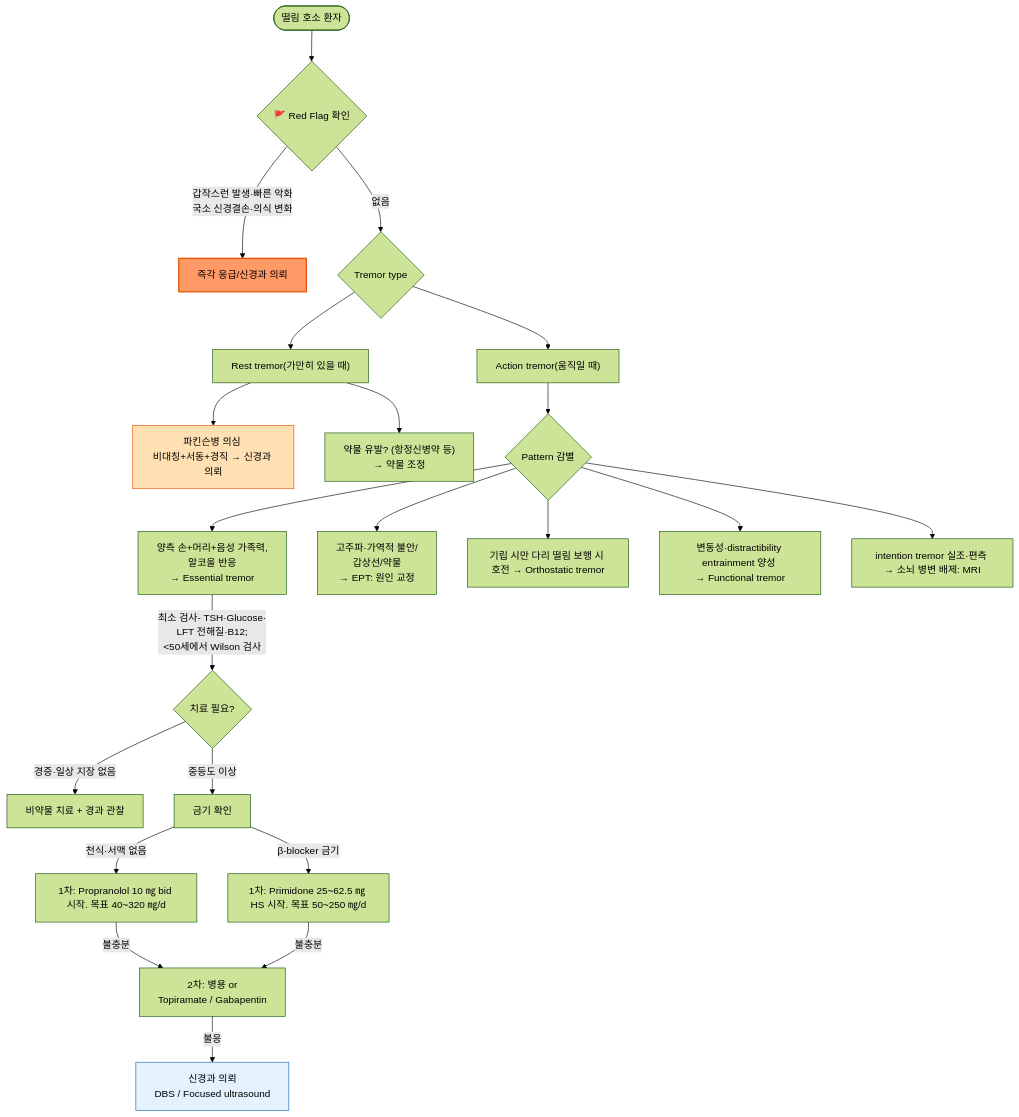
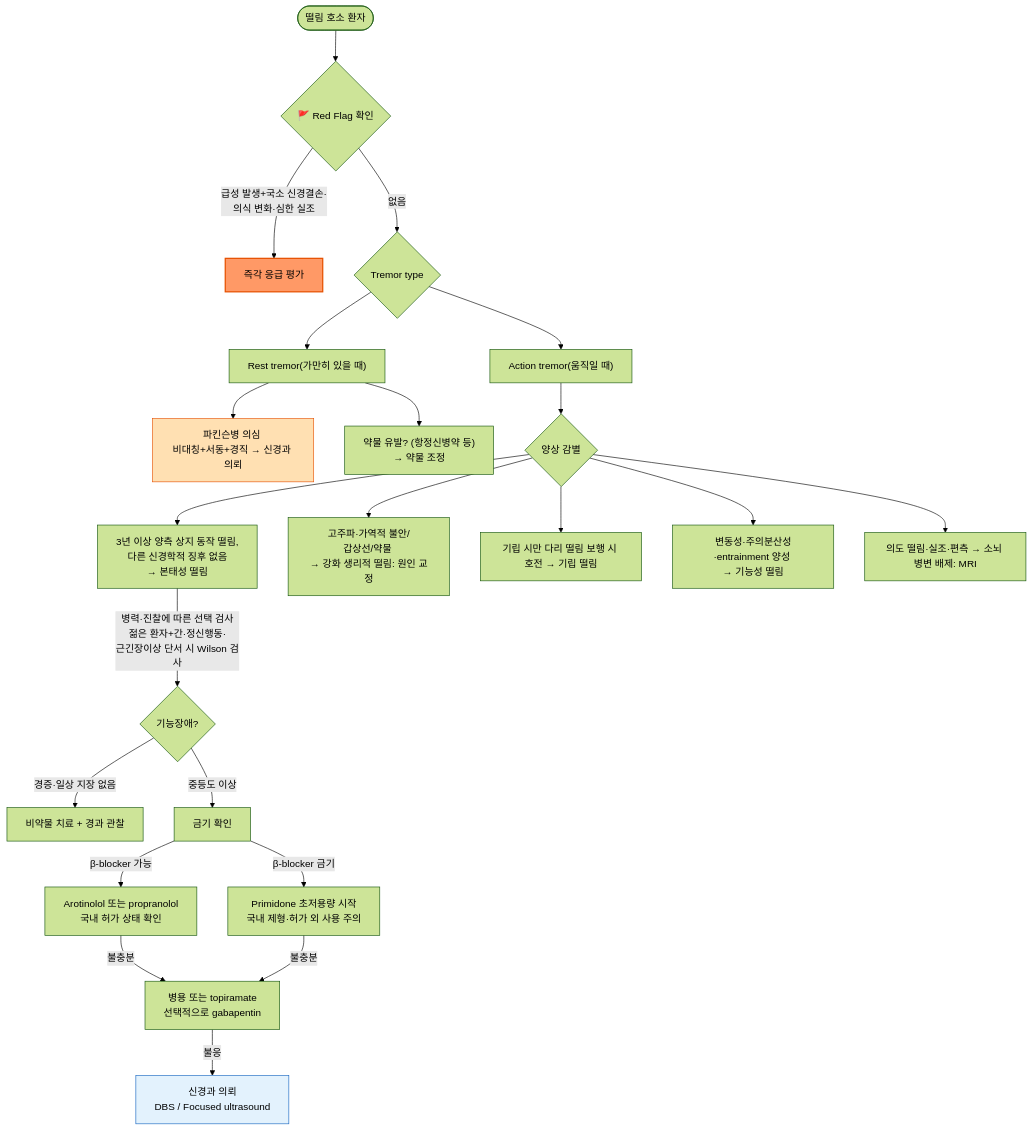
The diagram in 221_/034_-tremor.md (familyoh77/familyoh77), drawn with Mermaid (forest theme) before and after one commit. The commit also changed other lines of this file, not shown here.

````diff
--- a/221_/034_-tremor.md
+++ b/221_/034_-tremor.md
@@ -149,32 +149,32 @@
 ```mermaid
 flowchart TD
     A([떨림 호소 환자]) --> B{🚩 Red Flag 확인}
-    B -- "갑작스런 발생·빠른 악화<br/>국소 신경결손·의식 변화" --> C[즉각 응급/신경과 의뢰]
+    B -- "급성 발생+국소 신경결손·<br/>의식 변화·심한 실조" --> C[즉각 응급 평가]
     B -- 없음 --> D{Tremor type}
 
     D --> E["Rest tremor(가만히 있을 때)"]
     D --> F["Action tremor(움직일 때)"]
 
     E --> G["파킨슨병 의심 <br/>비대칭+서동+경직 → 신경과 의뢰"]
     E --> H["약물 유발? (항정신병약 등) <br/>→ 약물 조정"]
 
-    F --> I{Pattern 감별}
-    I --> J["양측 손+머리+음성 가족력, <br/>알코올 반응 <br/>→ Essential tremor"]
-    I --> K["고주파·가역적 불안/<br/>갑상선/약물 <br/>→ EPT: 원인 교정"]
-    I --> L["기립 시만 다리 떨림 보행 시 호전 → Orthostatic tremor"]
-    I --> M["변동성·distractibility entrainment 양성 <br/>→ Functional tremor"]
-    I --> N["intention tremor 실조·편측 → 소뇌 병변 배제: MRI"]
+    F --> I{양상 감별}
+    I --> J["3년 이상 양측 상지 동작 떨림,<br/>다른 신경학적 징후 없음<br/>→ 본태성 떨림"]
+    I --> K["고주파·가역적 불안/<br/>갑상선/약물 <br/>→ 강화 생리적 떨림: 원인 교정"]
+    I --> L["기립 시만 다리 떨림 보행 시 호전 → 기립 떨림"]
+    I --> M["변동성·주의분산성·entrainment 양성 <br/>→ 기능성 떨림"]
+    I --> N["의도 떨림·실조·편측 → 소뇌 병변 배제: MRI"]
 
-    J --"최소 검사- TSH·Glucose·<br/>LFT 전해질·B12; <br/><50세에서 Wilson 검사"--> P{치료 필요?}
+    J --"병력·진찰에 따른 선택 검사<br/>젊은 환자+간·정신행동·<br/>근긴장이상 단서 시 Wilson 검사"--> P{기능장애?}
     P -- "경증·일상 지장 없음" --> Q[비약물 치료 + 경과 관찰]
     P -- "중등도 이상" --> R[금기 확인]
-    R -- "천식·서맥 없음" --> S["1차: Propranolol 10 ㎎ bid 시작. 목표 40~320 ㎎/d"]
-    R -- "β-blocker 금기" --> T["1차: Primidone 25~62.5 ㎎ HS 시작. 목표 50~250 ㎎/d"]
-    S -- 불충분 --> U["2차: 병용 or <br/>Topiramate / Gabapentin"]
+    R -- "β-blocker 가능" --> S["Arotinolol 또는 propranolol<br/>국내 허가 상태 확인"]
+    R -- "β-blocker 금기" --> T["Primidone 초저용량 시작<br/>국내 제형·허가 외 사용 주의"]
+    S -- 불충분 --> U["병용 또는 topiramate<br/>선택적으로 gabapentin"]
     T -- 불충분 --> U
     U -- 불응 --> V["신경과 의뢰 <br/>DBS / Focused ultrasound"]
 
     style C fill:#f96,stroke:#e65100,stroke-width:2px
     style G fill:#ffe0b2,stroke:#e65100
     style V fill:#e3f2fd,stroke:#1565c0
 ```
````
